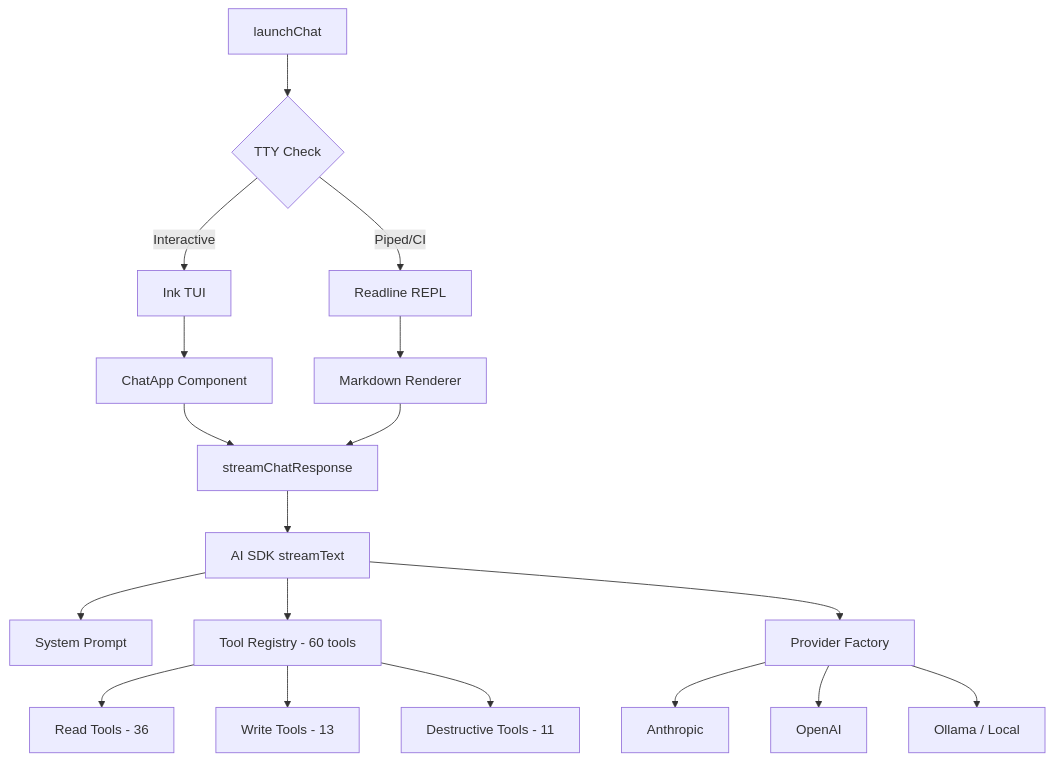
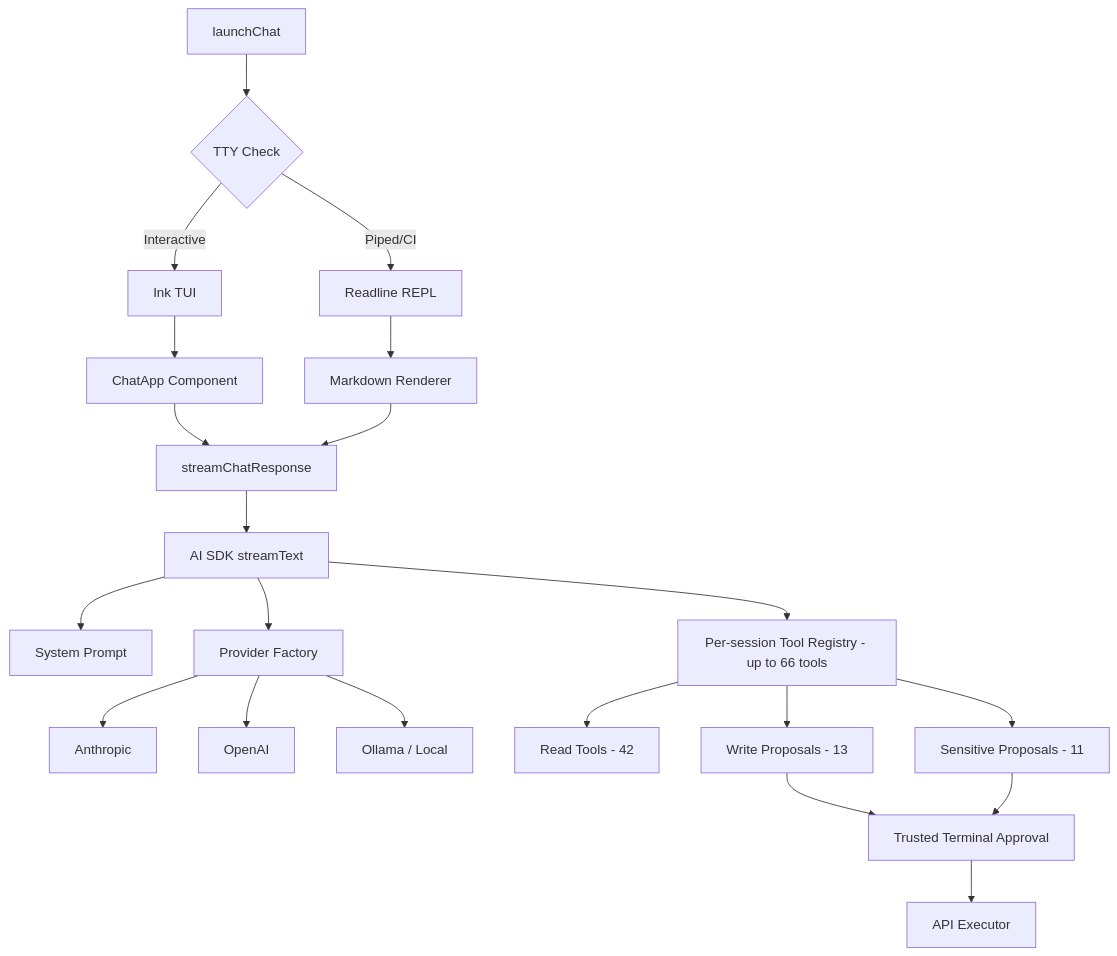
The diagram in wiki/docs/user-guide/cli/chat-agent.md (projectachilles/ProjectAchilles), drawn with Mermaid before and after one commit. The commit also changed other lines of this file and 8 other files, not shown here.

````diff
--- a/wiki/docs/user-guide/cli/chat-agent.md
+++ b/wiki/docs/user-guide/cli/chat-agent.md
@@ -17,25 +17,28 @@
 ```mermaid
 graph TD
     A[launchChat] --> B{TTY Check}
     B -->|Interactive| C[Ink TUI]
     B -->|Piped/CI| D[Readline REPL]
 
     C --> E[ChatApp Component]
     D --> F[Markdown Renderer]
 
     E --> G[streamChatResponse]
     F --> G
 
     G --> H[AI SDK streamText]
     H --> I[System Prompt]
-    H --> J[Tool Registry - 60 tools]
+    H --> J[Per-session Tool Registry - up to 66 tools]
     H --> K[Provider Factory]
 
     K --> L[Anthropic]
     K --> M[OpenAI]
     K --> N[Ollama / Local]
 
-    J --> O[Read Tools - 36]
-    J --> P[Write Tools - 13]
-    J --> Q[Destructive Tools - 11]
+    J --> O[Read Tools - 42]
+    J --> P[Write Proposals - 13]
+    J --> Q[Sensitive Proposals - 11]
+    P --> R[Trusted Terminal Approval]
+    Q --> R
+    R --> S[API Executor]
 ```
````
